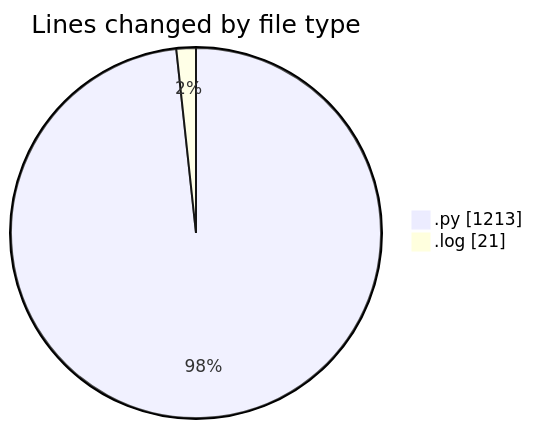
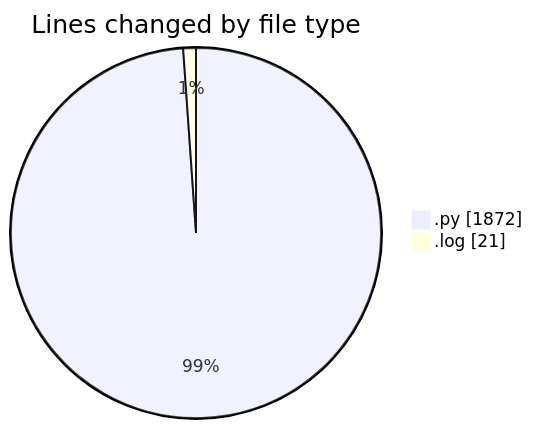
The first of 2 diagrams in 2025-05-06/samplepdf/README.md (momahboobian/code-tracking), drawn with Mermaid before and after one commit. The commit also changed other lines of this file and 1 other file, not shown here.

````diff
--- a/2025-05-06/samplepdf/README.md
+++ b/2025-05-06/samplepdf/README.md
@@ -33,6 +35,6 @@
 ```mermaid
 pie showData
 title Lines changed by file type
-".py" : 1213
+".py" : 1872
 ".log" : 21
 ```
````
